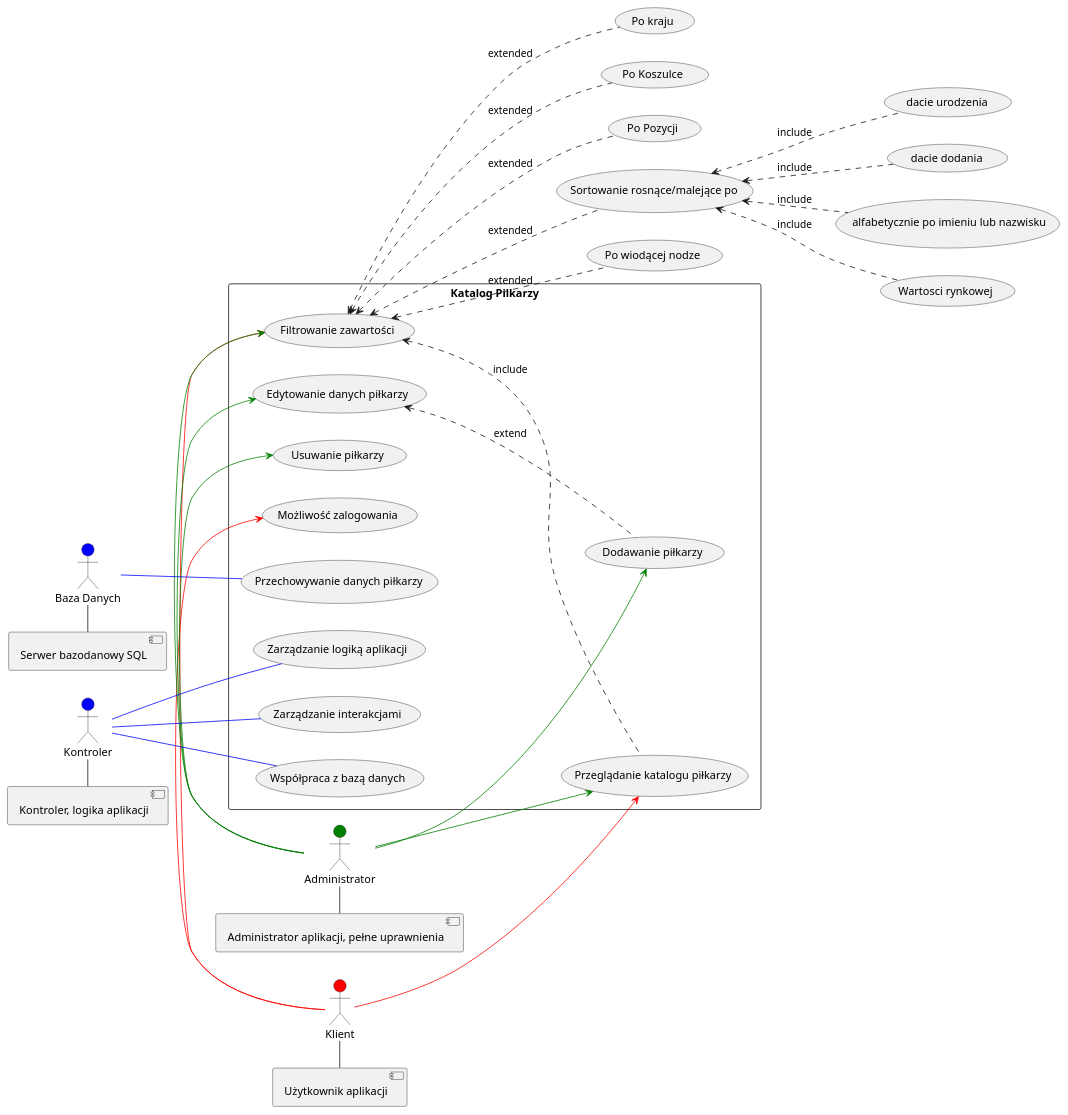
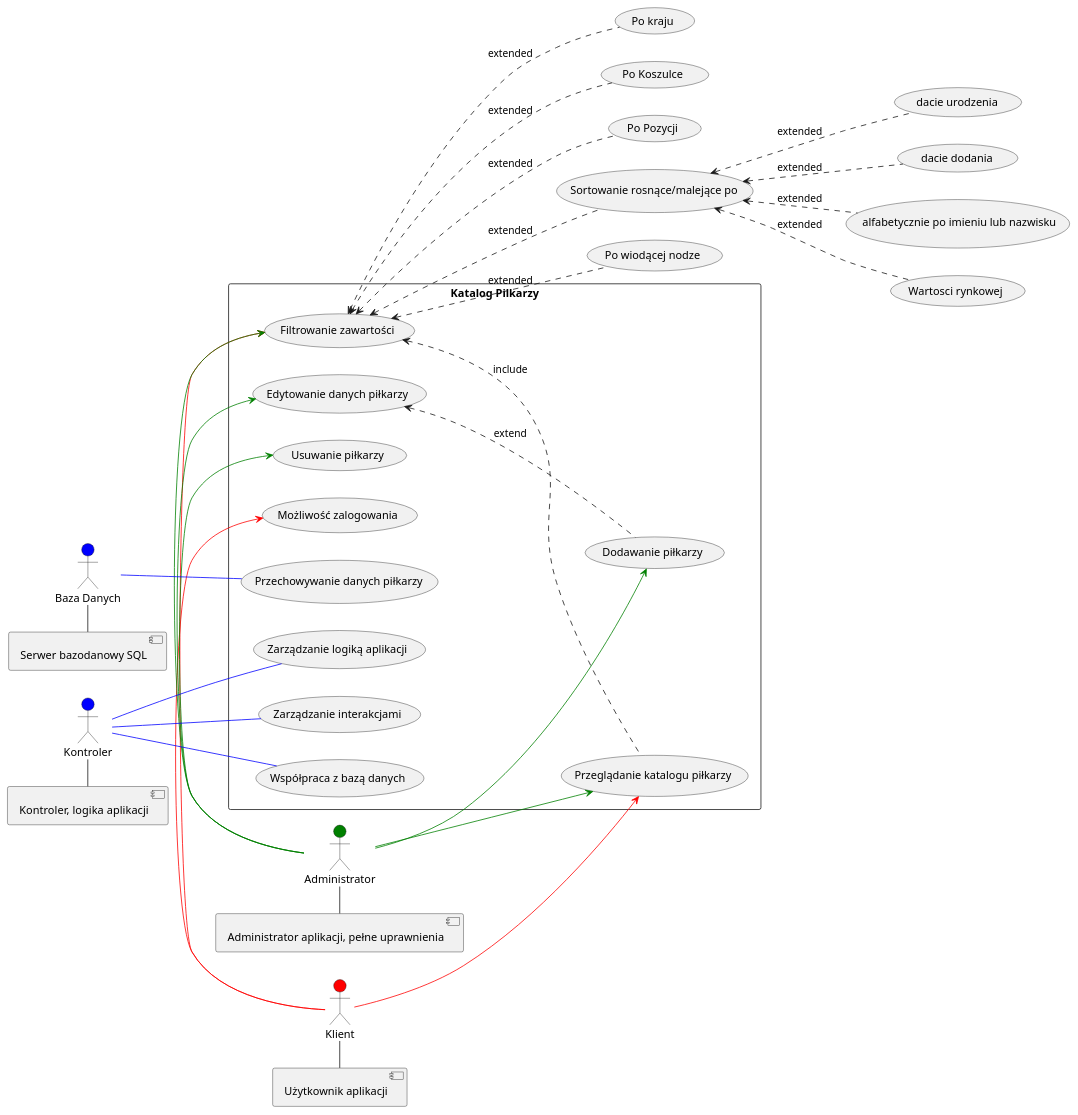
One commit to zsoit/oop-php changed the diagram in src/uml/diagram-uzycia.plantuml. Above: the diagram before and after it, drawn with PlantUML. The commit also changed 1 other file, not shown here.

Commit message:
fix sql and use case uml

```diff
--- a/src/uml/diagram-uzycia.plantuml
+++ b/src/uml/diagram-uzycia.plantuml
@@ -1,55 +1,55 @@
 @startuml DiagramUzycia
 skinparam package {
     BackgroundColor White
 }
 
 left to right direction
 
 
 actor Klient as User #Red
 actor Administrator as Admin  #Green
 actor "Baza Danych" as Database  #Blue
 actor "Kontroler" as Controller #Blue
 
 rectangle "Katalog Pilkarzy" {
     User -> (Przeglądanie katalogu piłkarzy) #Red
     User -> (Filtrowanie zawartości) #Red
     User -> (Możliwość zalogowania) #Red 
 
 
     Admin -> (Przeglądanie katalogu piłkarzy) #Green
     Admin -> (Filtrowanie zawartości) #Green
     Admin -> (Dodawanie piłkarzy) #Green
     Admin -> (Edytowanie danych piłkarzy) #Green
     Admin -> (Usuwanie piłkarzy) #Green
 
     Database -- (Przechowywanie danych piłkarzy) #Blue 
     Controller -- (Zarządzanie interakcjami) #Blue
     Controller -- (Współpraca z bazą danych) #Blue
     Controller -- (Zarządzanie logiką aplikacji) #Blue
 }
 
 User - [Użytkownik aplikacji]
 Admin - [Administrator aplikacji, pełne uprawnienia]
 Database - [Serwer bazodanowy SQL]
 Controller - [Kontroler, logika aplikacji]
 
 
 [Przeglądanie katalogu piłkarzy] .up.> (Filtrowanie zawartości) : include
 [Dodawanie piłkarzy] .up.> (Edytowanie danych piłkarzy) : extend
 
 [Filtrowanie zawartości] <.down. (Sortowanie rosnące/malejące po): extended 
 [Filtrowanie zawartości] <.down. (Po wiodącej nodze): extended 
 [Filtrowanie zawartości] <.down. (Po kraju): extended 
 [Filtrowanie zawartości] <.down. (Po Koszulce): extended 
 [Filtrowanie zawartości] <.down. (Po Pozycji): extended 
 
-[Sortowanie rosnące/malejące po] <.down. ( dacie urodzenia): include
-[Sortowanie rosnące/malejące po] <.down. ( dacie dodania): include
-[Sortowanie rosnące/malejące po] <.down. ( alfabetycznie po imieniu lub nazwisku): include
-[Sortowanie rosnące/malejące po] <.down. (Wartosci rynkowej): include
+[Sortowanie rosnące/malejące po] <.down. ( dacie urodzenia): extended 
+[Sortowanie rosnące/malejące po] <.down. ( dacie dodania): extended 
+[Sortowanie rosnące/malejące po] <.down. ( alfabetycznie po imieniu lub nazwisku): extended 
+[Sortowanie rosnące/malejące po] <.down. (Wartosci rynkowej): extended 
 
 
 
 
 @enduml
```
